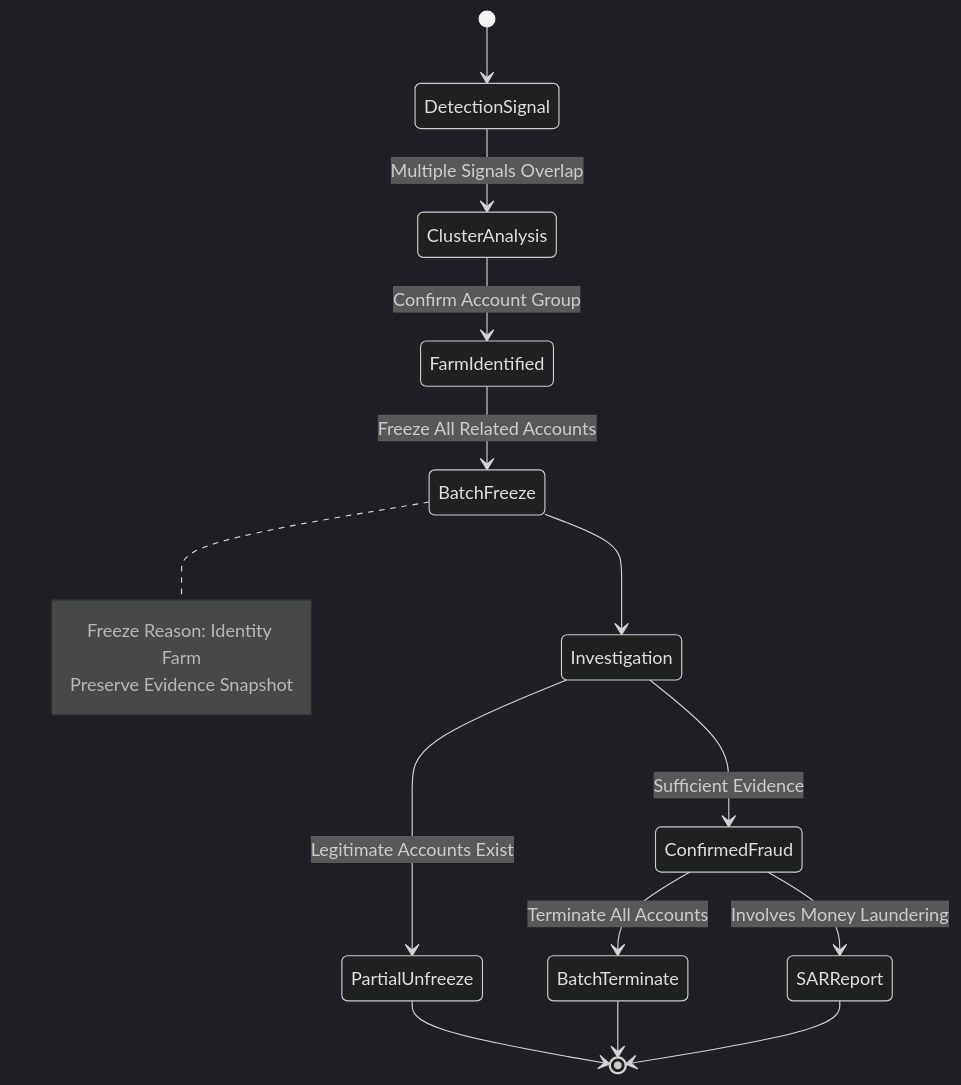
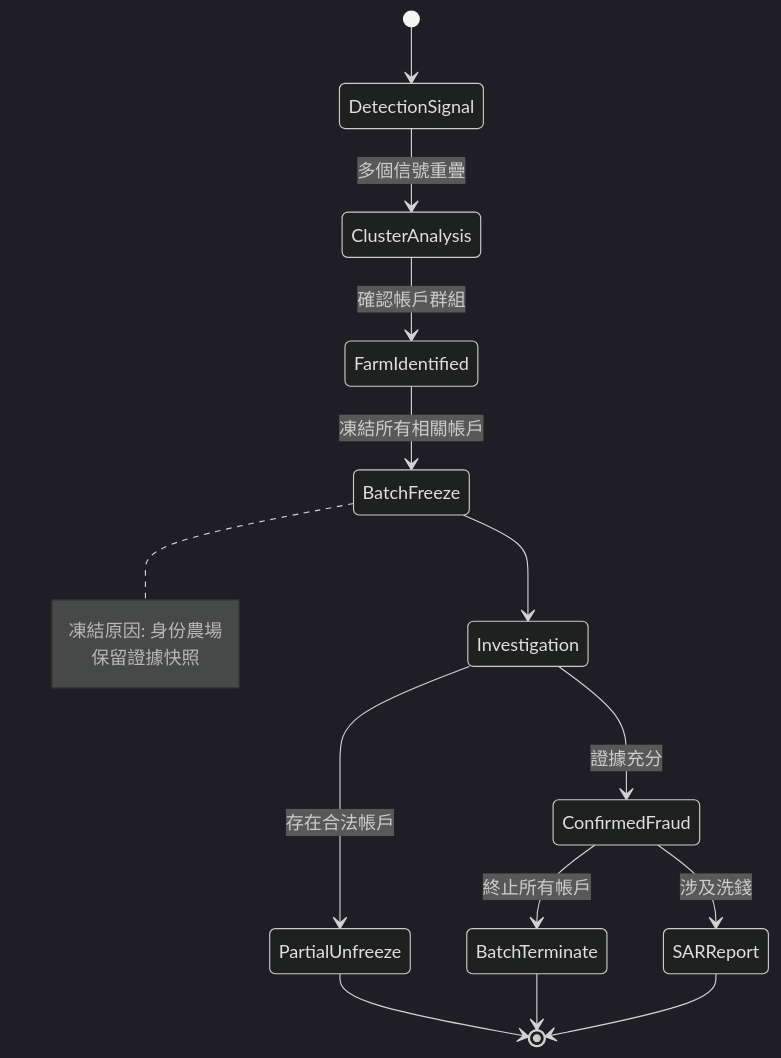
Before and after one commit to ron03wlb/smart-admin: the fourth of 5 diagrams in docs/iGaming/architecture/05_Risk_Engine/Fraud_Detection_System.md, drawn with Mermaid (dark theme). The commit also changed other lines of this file and 4 other files, not shown here.

````diff
--- a/docs/iGaming/architecture/05_Risk_Engine/Fraud_Detection_System.md
+++ b/docs/iGaming/architecture/05_Risk_Engine/Fraud_Detection_System.md
@@ -776,25 +776,25 @@
 ```mermaid
 stateDiagram-v2
     [*] --> DetectionSignal
 
-    DetectionSignal --> ClusterAnalysis: Multiple Signals Overlap
-    ClusterAnalysis --> FarmIdentified: Confirm Account Group
+    DetectionSignal --> ClusterAnalysis: 多個信號重疊
+    ClusterAnalysis --> FarmIdentified: 確認帳戶群組
 
-    FarmIdentified --> BatchFreeze: Freeze All Related Accounts
+    FarmIdentified --> BatchFreeze: 凍結所有相關帳戶
     note right of BatchFreeze
-        Freeze Reason: Identity Farm
-        Preserve Evidence Snapshot
+        凍結原因: 身份農場
+        保留證據快照
     end note
 
     BatchFreeze --> Investigation
 
-    Investigation --> ConfirmedFraud: Sufficient Evidence
-    Investigation --> PartialUnfreeze: Legitimate Accounts Exist
+    Investigation --> ConfirmedFraud: 證據充分
+    Investigation --> PartialUnfreeze: 存在合法帳戶
 
-    ConfirmedFraud --> BatchTerminate: Terminate All Accounts
-    ConfirmedFraud --> SARReport: Involves Money Laundering
+    ConfirmedFraud --> BatchTerminate: 終止所有帳戶
+    ConfirmedFraud --> SARReport: 涉及洗錢
 
     PartialUnfreeze --> [*]
     BatchTerminate --> [*]
     SARReport --> [*]
 ```
````
